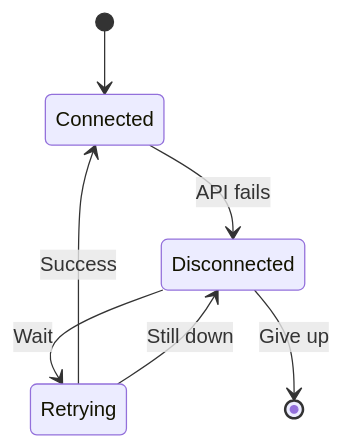
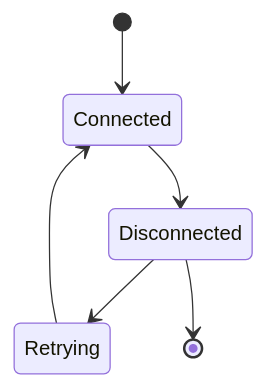
Before and after one commit to wisrovi/wpipe: the fourth of 5 diagrams in examples/api_pipeline/20_reconnection/README.md, drawn with Mermaid. The commit also changed other lines of this file and 20 other files, not shown here.

First line of the commit message:
Simplify Mermaid diagrams for better rendering

````diff
--- a/examples/api_pipeline/20_reconnection/README.md
+++ b/examples/api_pipeline/20_reconnection/README.md
@@ -60,9 +55,8 @@
 ```mermaid
 stateDiagram-v2
     [*] --> Connected
-    Connected --> Disconnected: API fails
-    Disconnected --> Retrying: Wait
-    Retrying --> Connected: Success
-    Retrying --> Disconnected: Still down
-    Disconnected --> [*]: Give up
+    Connected --> Disconnected
+    Disconnected --> Retrying
+    Retrying --> Connected
+    Disconnected --> [*]
 ```
````
